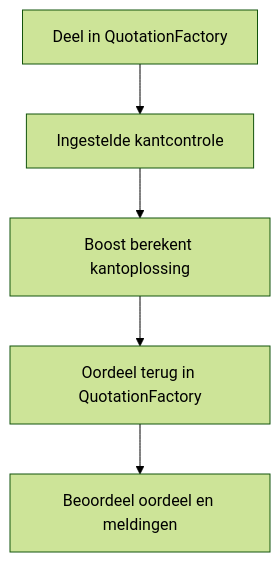
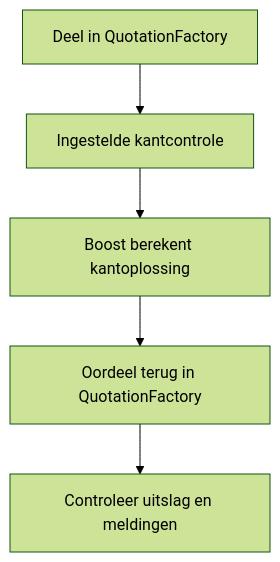
The first of 2 diagrams in nl/qf2oseon/workflow.mdx (SheetMetalConnect/smc-mintlify), drawn with Mermaid (forest theme) before and after one commit. The commit also changed other lines of this file, not shown here.

````diff
--- a/nl/qf2oseon/workflow.mdx
+++ b/nl/qf2oseon/workflow.mdx
@@ -12,7 +12,7 @@
 ```mermaid
 flowchart TD
  A["Deel in QuotationFactory"] --> B["Ingestelde kantcontrole"]
  B --> C["Boost berekent kantoplossing"]
  C --> D["Oordeel terug in QuotationFactory"]
- D --> E["Beoordeel oordeel en meldingen"]
+ D --> E["Controleer uitslag en meldingen"]
 ```
````
